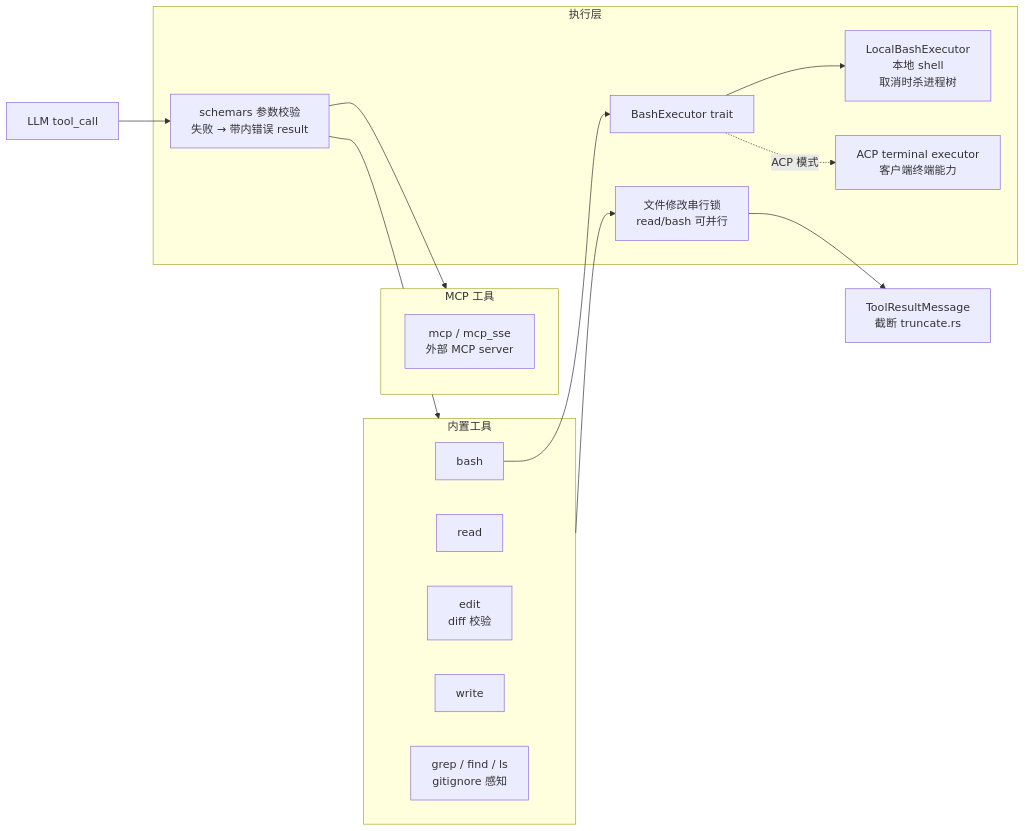
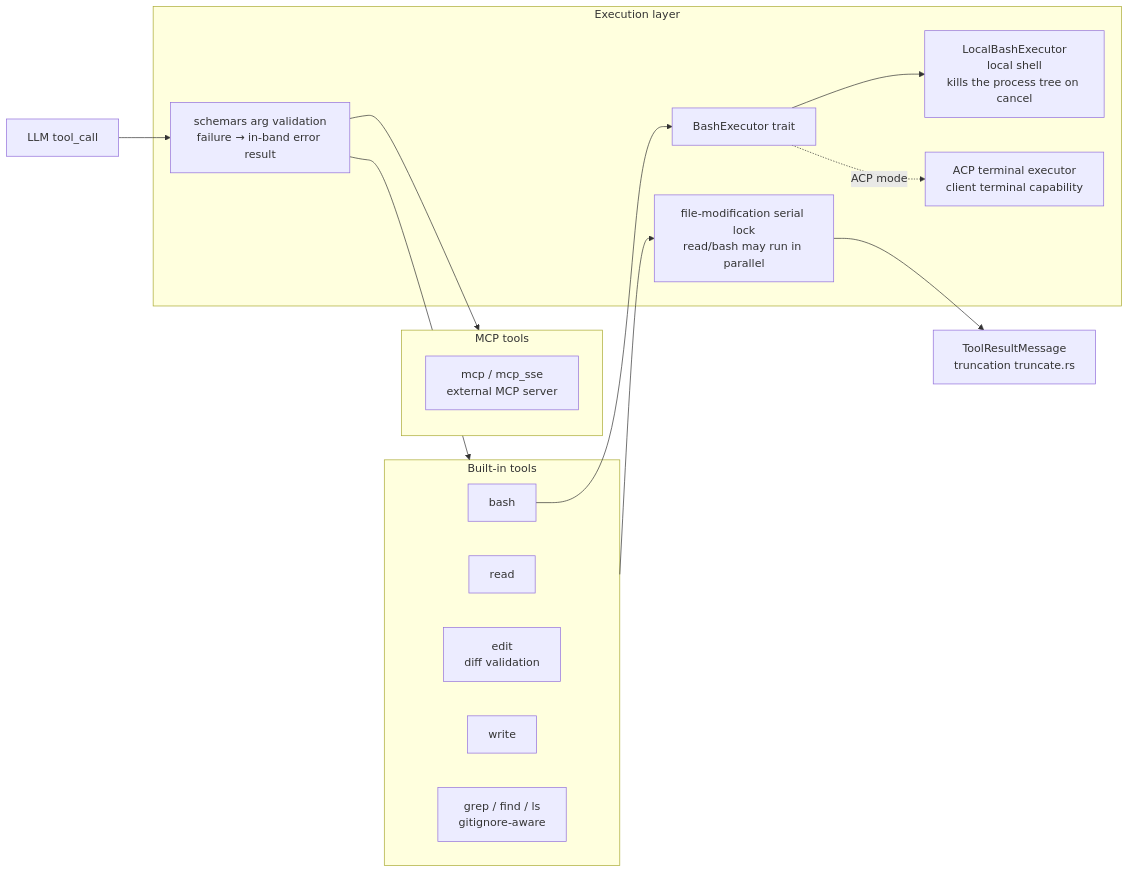
One commit to Tack-AI/tack changed the seventh of 11 diagrams in docs/architecture.md. Above: the diagram before and after it, drawn with Mermaid. The commit also changed other lines of this file and 46 other files, not shown here.

````diff
--- a/docs/architecture.md
+++ b/docs/architecture.md
@@ -234,30 +244,30 @@
 ```mermaid
 flowchart LR
-    subgraph Builtin["内置工具"]
+    subgraph Builtin["Built-in tools"]
         T1[read]
         T2[bash]
-        T3[edit<br/>diff 校验]
+        T3[edit<br/>diff validation]
         T4[write]
-        T5[grep / find / ls<br/>gitignore 感知]
+        T5[grep / find / ls<br/>gitignore-aware]
     end
 
-    subgraph MCP["MCP 工具"]
-        M1[mcp / mcp_sse<br/>外部 MCP server]
+    subgraph MCP["MCP tools"]
+        M1[mcp / mcp_sse<br/>external MCP server]
     end
 
-    subgraph Exec["执行层"]
-        V[schemars 参数校验<br/>失败 → 带内错误 result]
-        L[文件修改串行锁<br/>read/bash 可并行]
+    subgraph Exec["Execution layer"]
+        V[schemars arg validation<br/>failure → in-band error result]
+        L[file-modification serial lock<br/>read/bash may run in parallel]
         BE[BashExecutor trait]
-        LOC[LocalBashExecutor<br/>本地 shell<br/>取消时杀进程树]
-        ACPT[ACP terminal executor<br/>客户端终端能力]
+        LOC[LocalBashExecutor<br/>local shell<br/>kills the process tree on cancel]
+        ACPT[ACP terminal executor<br/>client terminal capability]
     end
 
     LLM[LLM tool_call] --> V
     V --> Builtin & MCP
     Builtin --> L
     T2 --> BE
     BE --> LOC
-    BE -.ACP 模式.-> ACPT
-    L --> R[ToolResultMessage<br/>截断 truncate.rs]
+    BE -.ACP mode.-> ACPT
+    L --> R[ToolResultMessage<br/>truncation truncate.rs]
 ```
````
